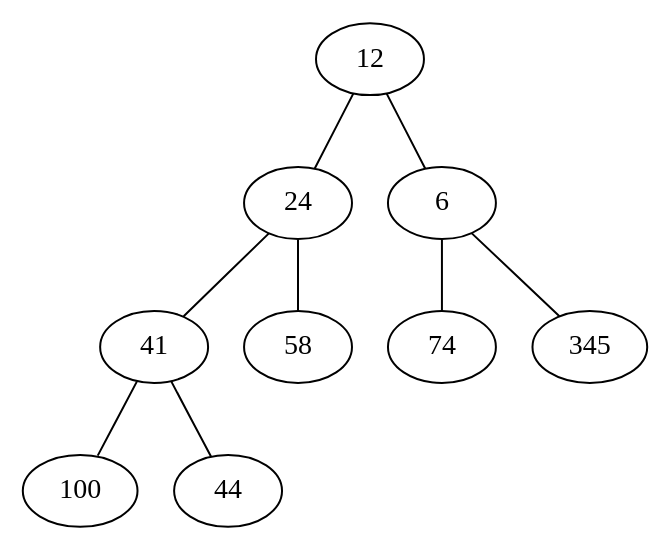
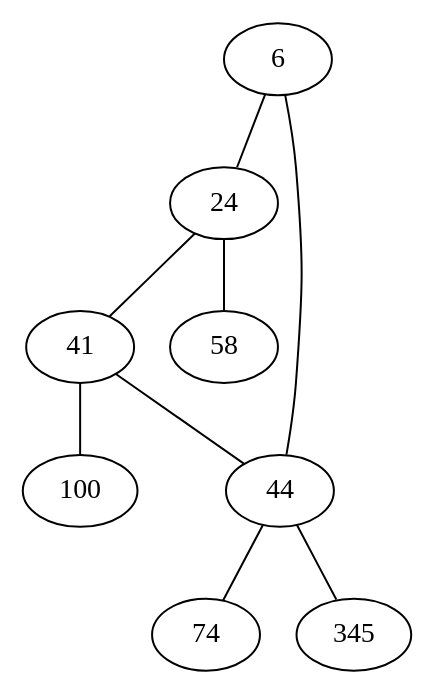
Before and after one commit to corentinckf/projetZ1: the diagram in tas_binaire/mathieu/graph_tas.dot, drawn with Graphviz. The commit also changed 7 other files, not shown here.

```diff
--- a/tas_binaire/mathieu/graph_tas.dot
+++ b/tas_binaire/mathieu/graph_tas.dot
@@ -1,10 +1,10 @@
 graph { 
-	12--24
-	12--6
+	6--24
+	6--44
 	24--41
 	24--58
-	6--74
-	6--345
+	44--74
+	44--345
 	41--100
 	41--44
 } 
```
